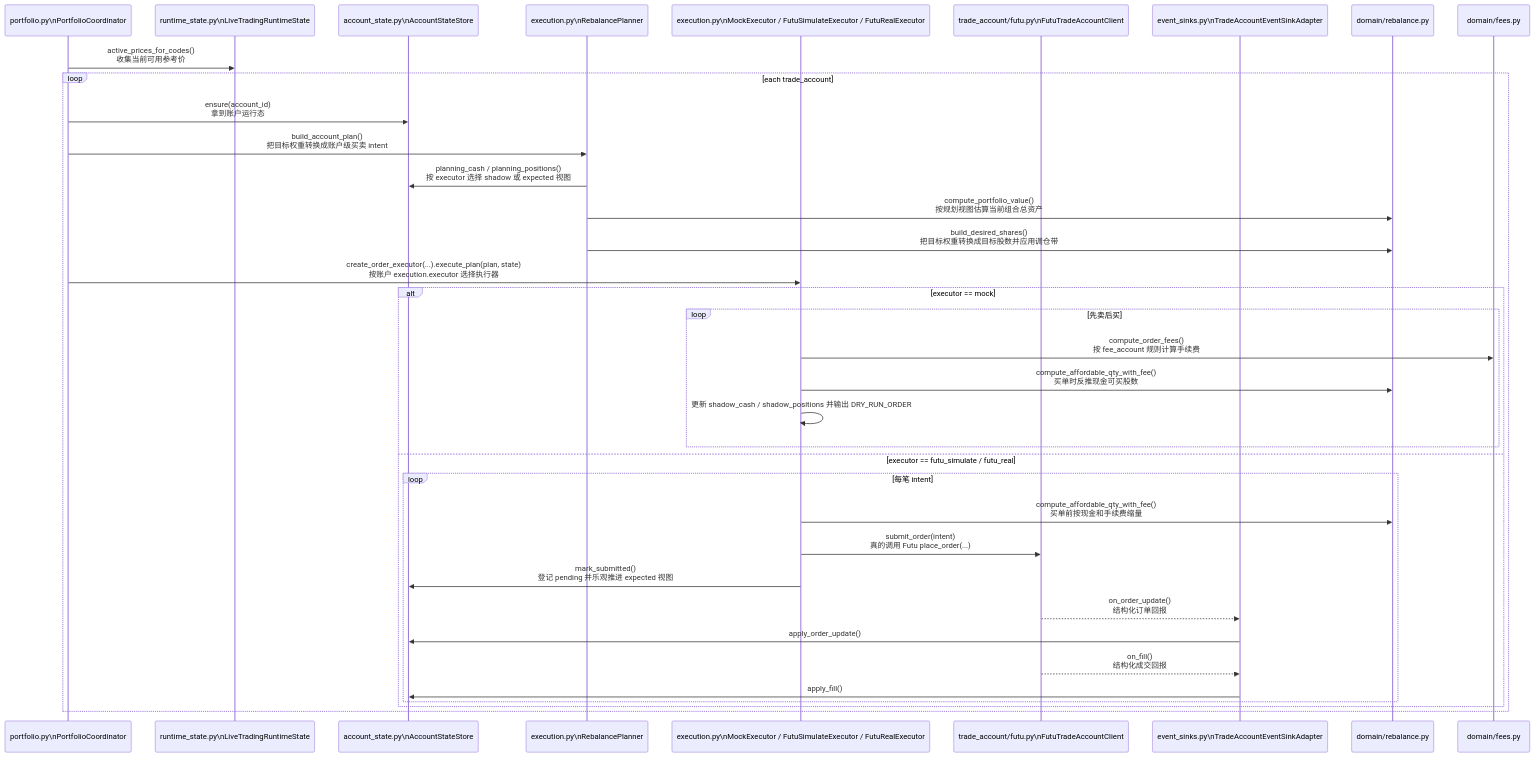
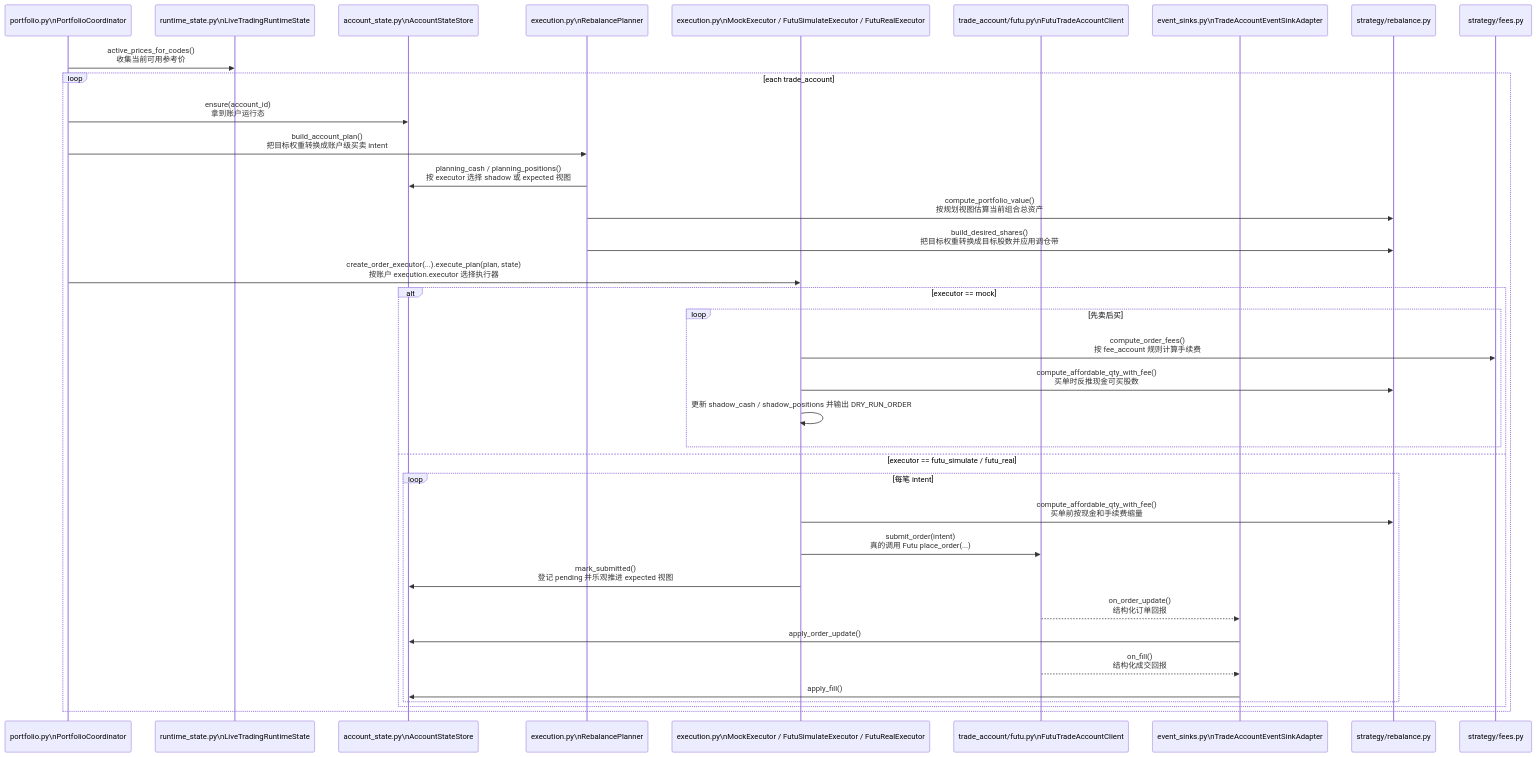
Before and after one commit to hangchow/backtest: the seventh of 7 diagrams in docs/README_livetrading_sequence.md, drawn with Mermaid. The commit also changed other lines of this file and 28 other files, not shown here.

````diff
--- a/docs/README_livetrading_sequence.md
+++ b/docs/README_livetrading_sequence.md
@@ -323,40 +323,40 @@
 ```mermaid
 sequenceDiagram
     participant PC as portfolio.py\nPortfolioCoordinator
     participant RST as runtime_state.py\nLiveTradingRuntimeState
     participant STORE as account_state.py\nAccountStateStore
     participant PLAN as execution.py\nRebalancePlanner
     participant EXE as execution.py\nMockExecutor / FutuSimulateExecutor / FutuRealExecutor
     participant TAC as trade_account/futu.py\nFutuTradeAccountClient
     participant TS as event_sinks.py\nTradeAccountEventSinkAdapter
-    participant RB as domain/rebalance.py
-    participant FEE as domain/fees.py
+    participant RB as strategy/rebalance.py
+    participant FEE as strategy/fees.py
 
     PC->>RST: active_prices_for_codes()<br/>收集当前可用参考价
     loop each trade_account
         PC->>STORE: ensure(account_id)<br/>拿到账户运行态
         PC->>PLAN: build_account_plan()<br/>把目标权重转换成账户级买卖 intent
         PLAN->>STORE: planning_cash / planning_positions()<br/>按 executor 选择 shadow 或 expected 视图
         PLAN->>RB: compute_portfolio_value()<br/>按规划视图估算当前组合总资产
         PLAN->>RB: build_desired_shares()<br/>把目标权重转换成目标股数并应用调仓带
         PC->>EXE: create_order_executor(...).execute_plan(plan, state)<br/>按账户 execution.executor 选择执行器
 
         alt executor == mock
             loop 先卖后买
                 EXE->>FEE: compute_order_fees()<br/>按 fee_account 规则计算手续费
                 EXE->>RB: compute_affordable_qty_with_fee()<br/>买单时反推现金可买股数
                 EXE->>EXE: 更新 shadow_cash / shadow_positions 并输出 DRY_RUN_ORDER
             end
         else executor == futu_simulate / futu_real
             loop 每笔 intent
                 EXE->>RB: compute_affordable_qty_with_fee()<br/>买单前按现金和手续费缩量
                 EXE->>TAC: submit_order(intent)<br/>真的调用 Futu place_order(...)
                 EXE->>STORE: mark_submitted()<br/>登记 pending 并乐观推进 expected 视图
                 TAC-->>TS: on_order_update()<br/>结构化订单回报
                 TS->>STORE: apply_order_update()
                 TAC-->>TS: on_fill()<br/>结构化成交回报
                 TS->>STORE: apply_fill()
             end
         end
     end
 ```
````
